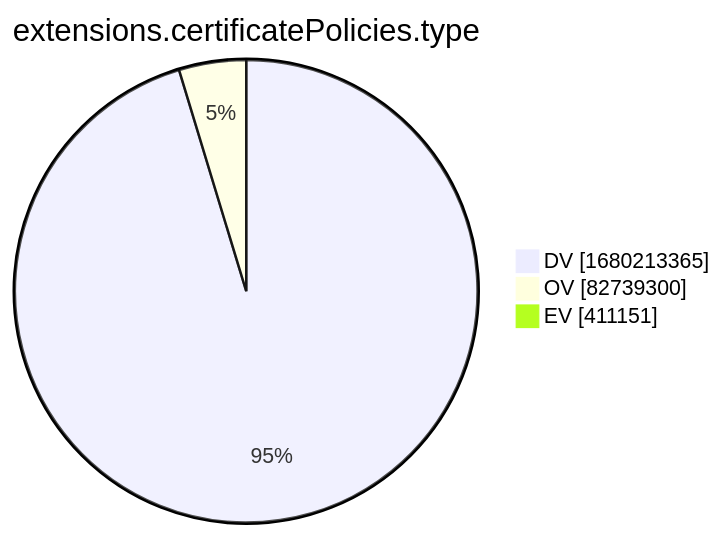
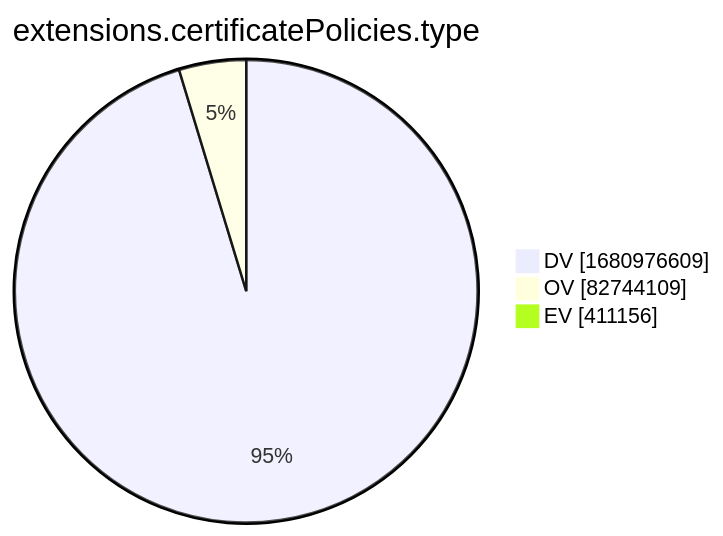
Before and after one commit to christiankrug/ctmonitor_visualization: the tenth of 15 diagrams in xenon2022/README.md, drawn with Mermaid. The commit also changed other lines of this file, not shown here.

````diff
--- a/xenon2022/README.md
+++ b/xenon2022/README.md
@@ -2881,7 +2881,7 @@
 ```mermaid
 pie showData
 title extensions.certificatePolicies.type
-"DV" :1680213365
-"OV" :82739300
-"EV" :411151
+"DV" :1680976609
+"OV" :82744109
+"EV" :411156
 ```
````
